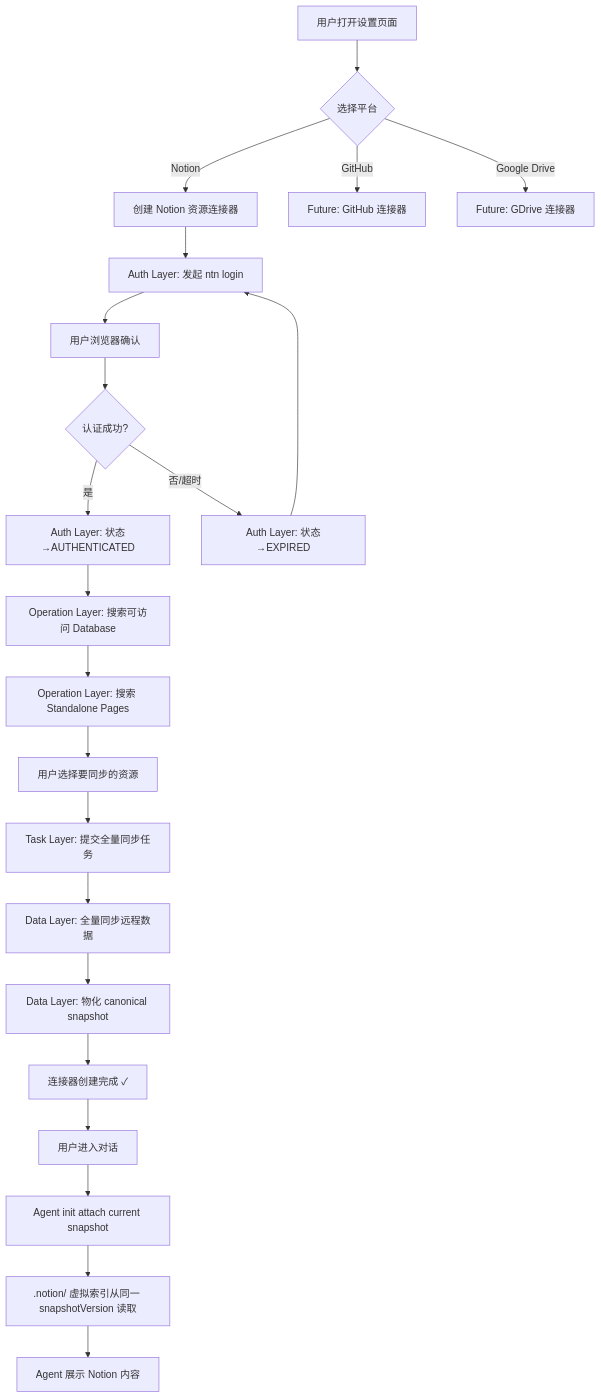
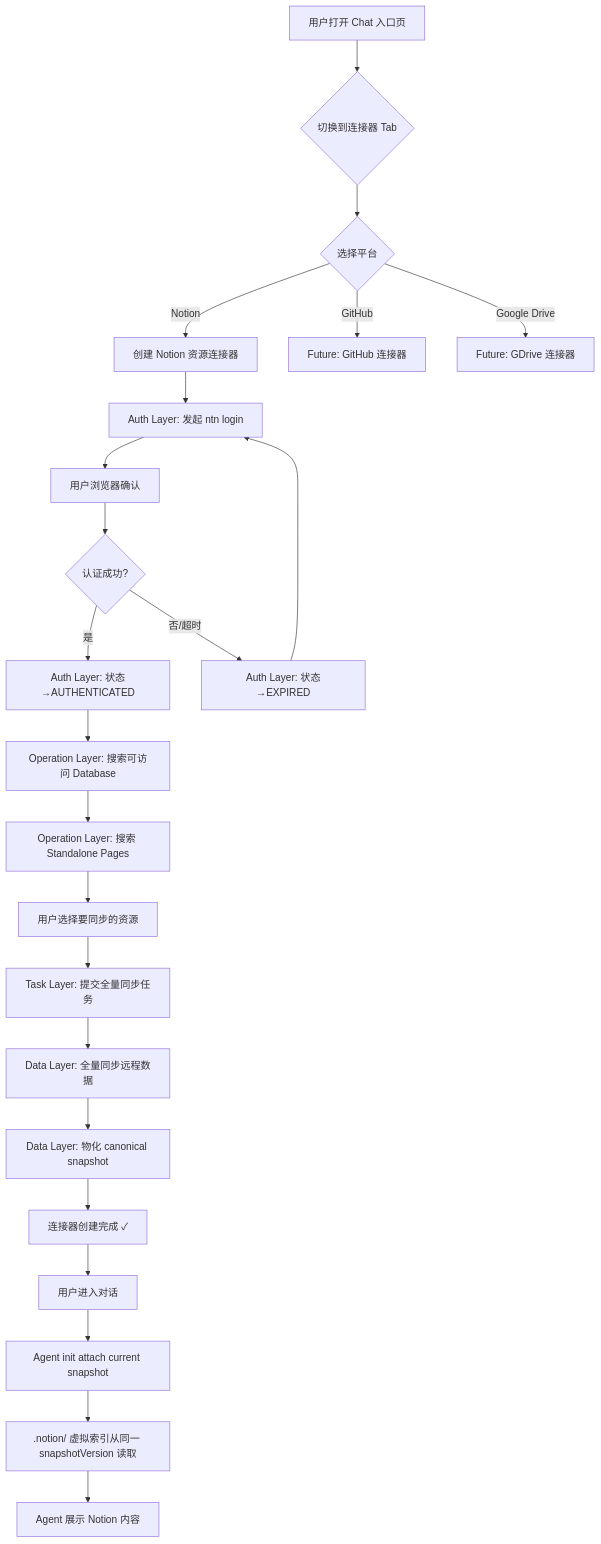
One commit to glide-the/im-dream changed the first of 18 diagrams in docs/design/claude-agent/notion-point/resource-connector-flowcharts.md. Above: the diagram before and after it, drawn with Mermaid. The commit also changed other lines of this file and 26 other files, not shown here.

````diff
--- a/docs/design/claude-agent/notion-point/resource-connector-flowcharts.md
+++ b/docs/design/claude-agent/notion-point/resource-connector-flowcharts.md
@@ -35,27 +36,28 @@
 ```mermaid
 flowchart TD
-    A[用户打开设置页面] --> B{选择平台}
-    B -->|Notion| C[创建 Notion 资源连接器]
-    B -->|GitHub| Z1[Future: GitHub 连接器]
-    B -->|Google Drive| Z2[Future: GDrive 连接器]
+    A[用户打开 Chat 入口页] --> B{切换到连接器 Tab}
+    B --> C{选择平台}
+    C -->|Notion| D[创建 Notion 资源连接器]
+    C -->|GitHub| Z1[Future: GitHub 连接器]
+    C -->|Google Drive| Z2[Future: GDrive 连接器]
 
-    C --> D[Auth Layer: 发起 ntn login]
-    D --> E[用户浏览器确认]
-    E --> F{认证成功?}
-    F -->|是| G[Auth Layer: 状态→AUTHENTICATED]
-    F -->|否/超时| H[Auth Layer: 状态→EXPIRED]
-    H --> D
+    D --> E[Auth Layer: 发起 ntn login]
+    E --> F[用户浏览器确认]
+    F --> G{认证成功?}
+    G -->|是| H[Auth Layer: 状态→AUTHENTICATED]
+    G -->|否/超时| I[Auth Layer: 状态→EXPIRED]
+    I --> E
 
-    G --> I[Operation Layer: 搜索可访问 Database]
-    I --> J[Operation Layer: 搜索 Standalone Pages]
-    J --> K[用户选择要同步的资源]
-    K --> L[Task Layer: 提交全量同步任务]
-    L --> M[Data Layer: 全量同步远程数据]
-    M --> N[Data Layer: 物化 canonical snapshot]
-    N --> O[连接器创建完成 ✓]
+    H --> J[Operation Layer: 搜索可访问 Database]
+    J --> K[Operation Layer: 搜索 Standalone Pages]
+    K --> L[用户选择要同步的资源]
+    L --> M[Task Layer: 提交全量同步任务]
+    M --> N[Data Layer: 全量同步远程数据]
+    N --> O[Data Layer: 物化 canonical snapshot]
+    O --> P[连接器创建完成 ✓]
 
-    O --> P[用户进入对话]
-    P --> Q[Agent init attach current snapshot]
-    Q --> R[.notion/ 虚拟索引从同一 snapshotVersion 读取]
-    R --> S[Agent 展示 Notion 内容]
+    P --> Q[用户进入对话]
+    Q --> R[Agent init attach current snapshot]
+    R --> S[.notion/ 虚拟索引从同一 snapshotVersion 读取]
+    S --> T[Agent 展示 Notion 内容]
 ```
````
